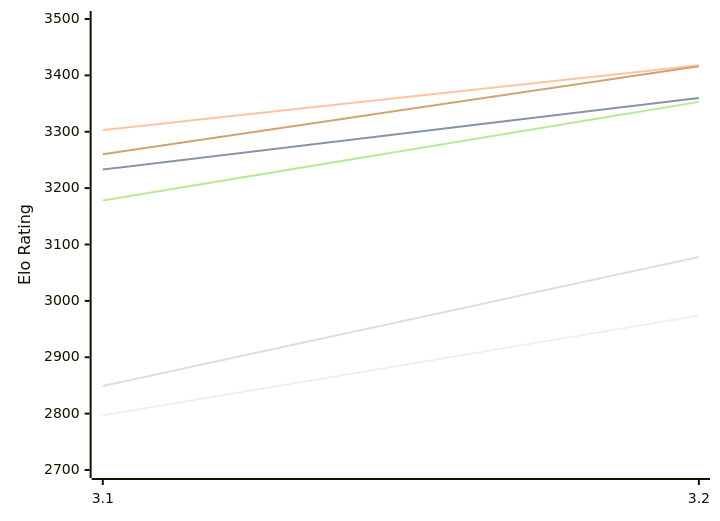
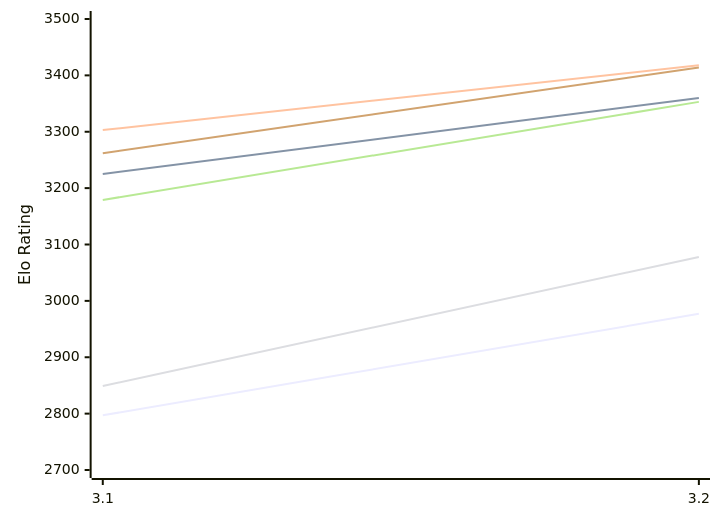
One commit to computer-chess-index/cci changed the first of 2 diagrams in engines/Thrawn.md. Above: the diagram before and after it, drawn with Mermaid. The commit also changed other lines of this file, not shown here.

Commit message:
Update CCI Ratings (ELO VLTC) - 2026-11-27

````diff
--- a/engines/Thrawn.md
+++ b/engines/Thrawn.md
@@ -52,12 +52,12 @@
 ```mermaid
 %%{init: {"theme":"base","themeVariables":{"seriesColors:['#a3a3a3','#222221','#faa371']}}}%%
 xychart-beta
   x-axis ["3.1", "3.2"]
   y-axis "Elo Rating" 2700 --> 3500
-  line "E1: STC (8.0+0.08s)" [2797, 2974]
-  line "E1: LTC (60.0+0.60s)" [3233, 3360]
+  line "E1: STC (8.0+0.08s)" [2797, 2977]
+  line "E1: LTC (60.0+0.60s)" [3225, 3360]
   line "E1: VLTC (2m24s+1.12s)" [3303, 3418]
   line "P1: STC (8.0+0.08s)" [2849, 3078]
-  line "P1: LTC (60.0+0.60s)" [3178, 3353]
-  line "P1: VLTC (2m24s+1.12s)" [3260, 3416]
+  line "P1: LTC (60.0+0.60s)" [3179, 3353]
+  line "P1: VLTC (2m24s+1.12s)" [3262, 3414]
 ```
````
